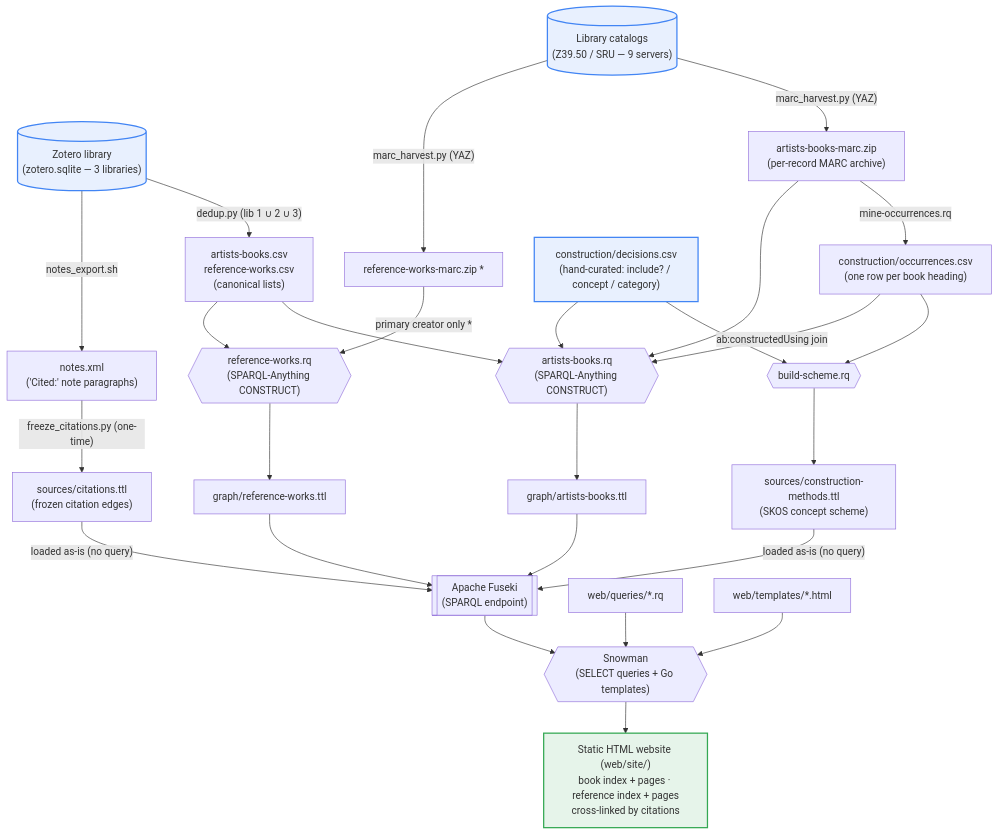
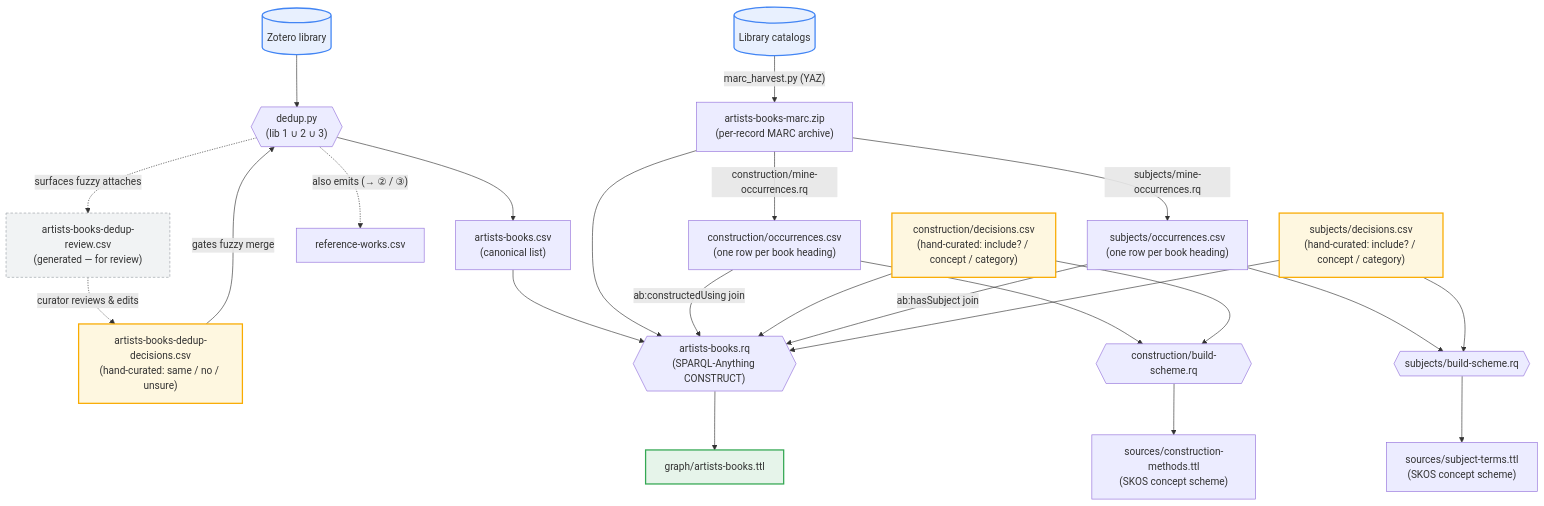
Before and after one commit to dkglab/artists-books: the second of 5 diagrams in docs/PIPELINE.md, drawn with Mermaid. The commit also changed other lines of this file and 1 other file, not shown here.

First line of the commit message:
docs: reflect the four hand-owned *-decisions.csv curation steps (#114)

````diff
--- a/docs/PIPELINE.md
+++ b/docs/PIPELINE.md
@@ -5,50 +56,45 @@
 ```mermaid
 flowchart TD
-    %% ---- Inputs ----
-    zotero[("Zotero library<br/>(zotero.sqlite — 3 libraries)")]
-    catalogs[("Library catalogs<br/>(Z39.50 / SRU — 9 servers)")]
+    zotero[("Zotero library")]
+    catalogs[("Library catalogs")]
 
-    %% ---- Stage 1: source extraction + one-time Phase-0 freeze (issue #82) ----
-    zotero -->|"dedup.py (lib 1 ∪ 2 ∪ 3)"| csvs["artists-books.csv<br/>reference-works.csv<br/>(canonical lists)"]
-    zotero -->|"notes_export.sh"| notes["notes.xml<br/>('Cited:' note paragraphs)"]
-    notes -->|"freeze_citations.py (one-time)"| citttl["sources/citations.ttl<br/>(frozen citation edges)"]
+    %% ---- dedup (shared source extraction; also emits reference-works.csv) ----
+    zotero --> dedup{{"dedup.py<br/>(lib 1 ∪ 2 ∪ 3)"}}
+    abddec["artists-books-dedup-decisions.csv<br/>(hand-curated: same / no / unsure)"] -->|"gates fuzzy merge"| dedup
+    dedup --> abcsv["artists-books.csv<br/>(canonical list)"]
+    dedup -.->|"surfaces fuzzy attaches"| abdrev["artists-books-dedup-review.csv<br/>(generated — for review)"]
+    abdrev -.->|"curator reviews & edits"| abddec
+    dedup -.->|"also emits (→ ② / ③)"| refcsv["reference-works.csv"]
 
     catalogs -->|"marc_harvest.py (YAZ)"| marc["artists-books-marc.zip<br/>(per-record MARC archive)"]
-    catalogs -->|"marc_harvest.py (YAZ)"| refmarc["reference-works-marc.zip *"]
 
-    %% ---- Construction-methods SKOS vocabulary (mined from the book MARC) ----
-    marc -->|"mine-occurrences.rq"| cocc["construction/occurrences.csv<br/>(one row per book heading)"]
-    cocc --> cbuild{{"build-scheme.rq"}}
+    %% ---- construction-methods SKOS (how a book is made) ----
+    marc -->|"construction/mine-occurrences.rq"| cocc["construction/occurrences.csv<br/>(one row per book heading)"]
+    cocc --> cbuild{{"construction/build-scheme.rq"}}
     cdec["construction/decisions.csv<br/>(hand-curated: include? / concept / category)"] --> cbuild
     cbuild --> cmttl["sources/construction-methods.ttl<br/>(SKOS concept scheme)"]
 
-    %% ---- Stage 2: CONSTRUCT queries (SPARQL-Anything) ----
-    csvs --> abrq{{"artists-books.rq<br/>(SPARQL-Anything CONSTRUCT)"}}
+    %% ---- subject-terms SKOS (what a book is about) ----
+    marc -->|"subjects/mine-occurrences.rq"| socc["subjects/occurrences.csv<br/>(one row per book heading)"]
+    socc --> sbuild{{"subjects/build-scheme.rq"}}
+    sdec["subjects/decisions.csv<br/>(hand-curated: include? / concept / category)"] --> sbuild
+    sbuild --> smttl["sources/subject-terms.ttl<br/>(SKOS concept scheme)"]
+
+    %% ---- CONSTRUCT ----
+    abcsv --> abrq{{"artists-books.rq<br/>(SPARQL-Anything CONSTRUCT)"}}
     marc --> abrq
     cocc -->|"ab:constructedUsing join"| abrq
     cdec --> abrq
-    csvs --> refrq{{"reference-works.rq<br/>(SPARQL-Anything CONSTRUCT)"}}
-    refmarc -->|"primary creator only *"| refrq
-
+    socc -->|"ab:hasSubject join"| abrq
+    sdec --> abrq
     abrq --> abttl["graph/artists-books.ttl"]
-    refrq --> refttl["graph/reference-works.ttl"]
-
-    %% ---- Stage 3: graph store ----
-    abttl --> fuseki[["Apache Fuseki<br/>(SPARQL endpoint)"]]
-    refttl --> fuseki
-    citttl -->|"loaded as-is (no query)"| fuseki
-    cmttl -->|"loaded as-is (no query)"| fuseki
-
-    %% ---- Stage 4: site generation ----
-    fuseki --> snowman{{"Snowman<br/>(SELECT queries + Go templates)"}}
-    selects["web/queries/*.rq"] --> snowman
-    templates["web/templates/*.html"] --> snowman
-
-    %% ---- Output ----
-    snowman --> site["Static HTML website (web/site/)<br/>book index + pages · reference index + pages<br/>cross-linked by citations"]
 
     classDef input fill:#e8f0fe,stroke:#4285f4,stroke-width:2px;
     classDef output fill:#e6f4ea,stroke:#34a853,stroke-width:2px;
-    class zotero,catalogs,cdec input;
-    class site output;
+    classDef curation fill:#fef7e0,stroke:#f9ab00,stroke-width:2px;
+    classDef review fill:#f1f3f4,stroke:#9aa0a6,stroke-width:1px,stroke-dasharray:4 3;
+    class zotero,catalogs input;
+    class abddec,cdec,sdec curation;
+    class abdrev review;
+    class abttl output;
 ```
````
